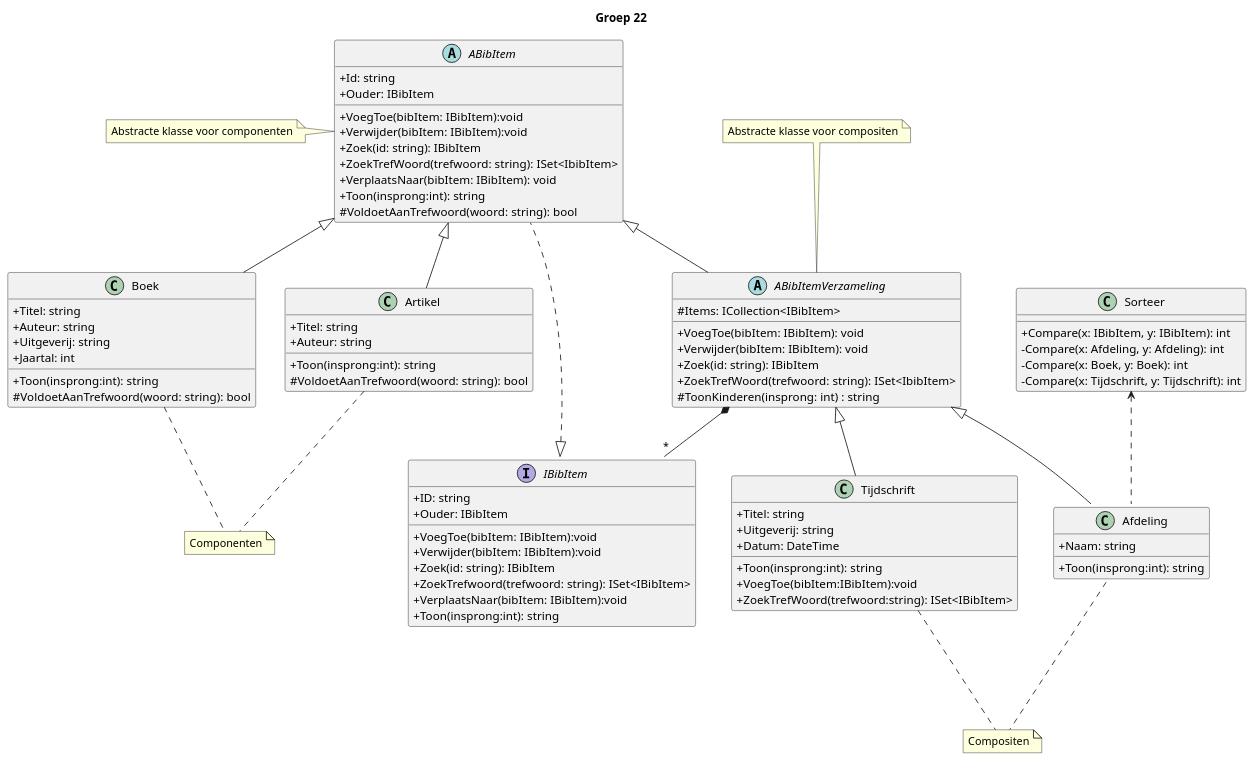
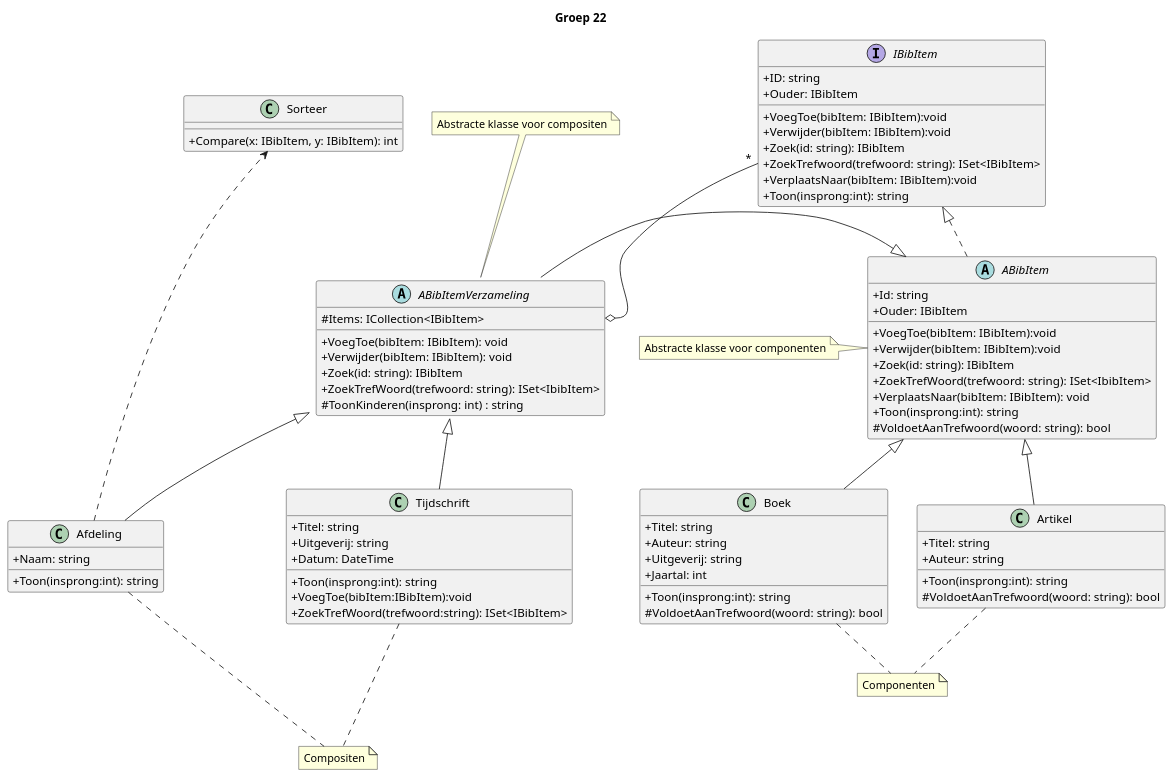
Before and after one commit to LorenzoDeBie/SoftwareOntwikkelingII: the diagram in Reeks3/Catalogus/UML/Labo3_Bibliotheek.puml, drawn with PlantUML. The commit also changed 2 other files, not shown here.

Commit message:
verbetering UML diagram Reeks 3: opdracht 1

```diff
--- a/Reeks3/Catalogus/UML/Labo3_Bibliotheek.puml
+++ b/Reeks3/Catalogus/UML/Labo3_Bibliotheek.puml
@@ -1,90 +1,91 @@
 @startuml Groepnr 22
 skinparam classAttributeIconSize 0
 title Groep 22
 
 interface IBibItem {
     +ID: string
     +Ouder: IBibItem
     +VoegToe(bibItem: IBibItem):void
     +Verwijder(bibItem: IBibItem):void
     +Zoek(id: string): IBibItem
     +ZoekTrefwoord(trefwoord: string): ISet<IBibItem>
     +VerplaatsNaar(bibItem: IBibItem):void
     +Toon(insprong:int): string
 }
 
-abstract ABibItem{
-    +Id: string
-    +Ouder: IBibItem
-    +VoegToe(bibItem: IBibItem):void
-    +Verwijder(bibItem: IBibItem):void
-    +Zoek(id: string): IBibItem
-    +ZoekTrefWoord(trefwoord: string): ISet<IbibItem>
-    +VerplaatsNaar(bibItem: IBibItem): void
-    +Toon(insprong:int): string
-    #VoldoetAanTrefwoord(woord: string): bool
-}
-note left: Abstracte klasse voor componenten
-
-abstract ABibItemVerzameling{
-    #Items: ICollection<IBibItem>
-    +VoegToe(bibItem: IBibItem): void
-    +Verwijder(bibItem: IBibItem): void
-    +Zoek(id: string): IBibItem
-    +ZoekTrefWoord(trefwoord: string): ISet<IbibItem>
-    #ToonKinderen(insprong: int) : string
-}
-note top: Abstracte klasse voor compositen
-
-note "Componenten" as n1
-note "Compositen" as n2
-Boek..n1
-class Boek{
-    +Titel: string
-    +Auteur: string
-    +Uitgeverij: string
-    +Jaartal: int
-    +Toon(insprong:int): string
-    #VoldoetAanTrefwoord(woord: string): bool
-}
-Artikel..n1
-class Artikel{
-    +Titel: string
-    +Auteur: string
-    +Toon(insprong:int): string
-    #VoldoetAanTrefwoord(woord: string): bool
+together {
+    abstract ABibItem{
+        +Id: string
+        +Ouder: IBibItem
+        +VoegToe(bibItem: IBibItem):void
+        +Verwijder(bibItem: IBibItem):void
+        +Zoek(id: string): IBibItem
+        +ZoekTrefWoord(trefwoord: string): ISet<IbibItem>
+        +VerplaatsNaar(bibItem: IBibItem): void
+        +Toon(insprong:int): string
+        #VoldoetAanTrefwoord(woord: string): bool
+    }
+    note left: Abstracte klasse voor componenten
+    note "Componenten" as n1
+    Boek..n1
+    class Boek{
+        +Titel: string
+        +Auteur: string
+        +Uitgeverij: string
+        +Jaartal: int
+        +Toon(insprong:int): string
+        #VoldoetAanTrefwoord(woord: string): bool
+    }
+    Artikel..n1
+    class Artikel{
+        +Titel: string
+        +Auteur: string
+        +Toon(insprong:int): string
+        #VoldoetAanTrefwoord(woord: string): bool
+    }
 }
 
-
-Tijdschrift...n2
-class Tijdschrift{
-    +Titel: string
-    +Uitgeverij: string
-    +Datum: DateTime
-    +Toon(insprong:int): string
-    +VoegToe(bibItem:IBibItem):void
-    +ZoekTrefWoord(trefwoord:string): ISet<IBibItem>
-}
-Afdeling...n2
-class Afdeling{
-    +Naam: string
-    +Toon(insprong:int): string
+together {
+    abstract ABibItemVerzameling{
+        #Items: ICollection<IBibItem>
+        +VoegToe(bibItem: IBibItem): void
+        +Verwijder(bibItem: IBibItem): void
+        +Zoek(id: string): IBibItem
+        +ZoekTrefWoord(trefwoord: string): ISet<IbibItem>
+        #ToonKinderen(insprong: int) : string
+    }
+    note top: Abstracte klasse voor compositen
+    
+    note "Compositen" as n2
+    Tijdschrift...n2
+    class Tijdschrift{
+        +Titel: string
+        +Uitgeverij: string
+        +Datum: DateTime
+        +Toon(insprong:int): string
+        +VoegToe(bibItem:IBibItem):void
+        +ZoekTrefWoord(trefwoord:string): ISet<IBibItem>
+    }
+    together {
+        Afdeling...n2
+        class Afdeling{
+            +Naam: string
+            +Toon(insprong:int): string
+        }
+        
+        
+        class Sorteer{
+            +Compare(x: IBibItem, y: IBibItem): int
+        }
+    }
 }
 
-
-class Sorteer{
-    +Compare(x: IBibItem, y: IBibItem): int
-    -Compare(x: Afdeling, y: Afdeling): int
-    -Compare(x: Boek, y: Boek): int
-    -Compare(x: Tijdschrift, y: Tijdschrift): int
-}
-
-IBibItem <|.. ABibItem
-ABibItemVerzameling *-- "*"IBibItem::Items
-ABibItem <|-- ABibItemVerzameling
+IBibItem <|.down. ABibItem
+ABibItemVerzameling::Items o-up- "*"IBibItem
+ABibItem <|-right- ABibItemVerzameling
 ABibItem <|-- Boek
 ABibItem <|-- Artikel
 ABibItemVerzameling <|-- Tijdschrift
 ABibItemVerzameling <|-- Afdeling
-Sorteer <.. Afdeling::Items
+Sorteer <.up. Afdeling
 @enduml
```
